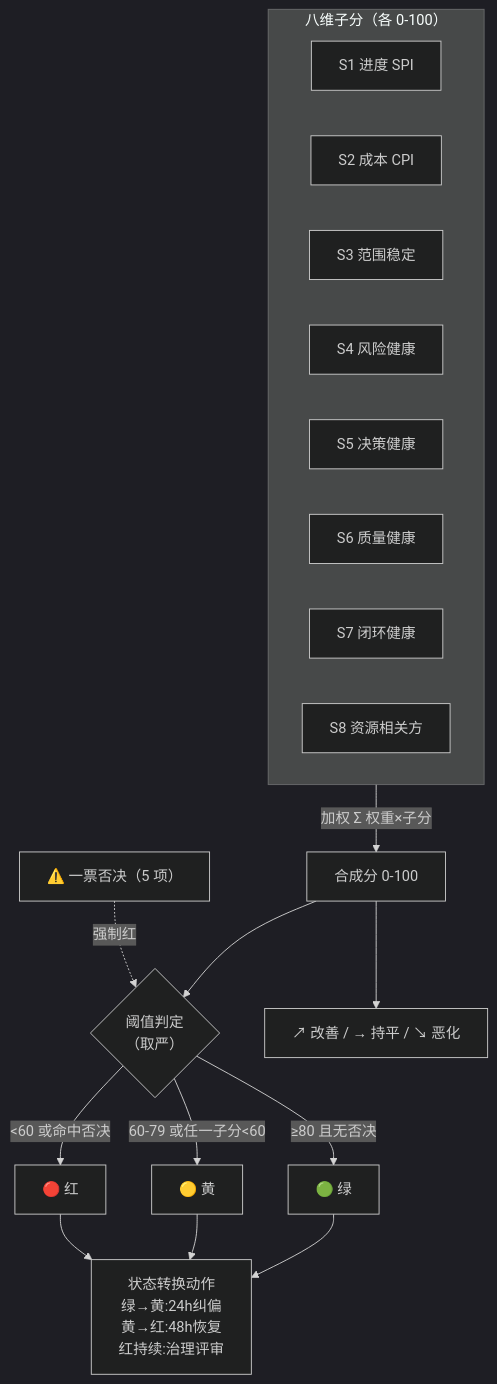
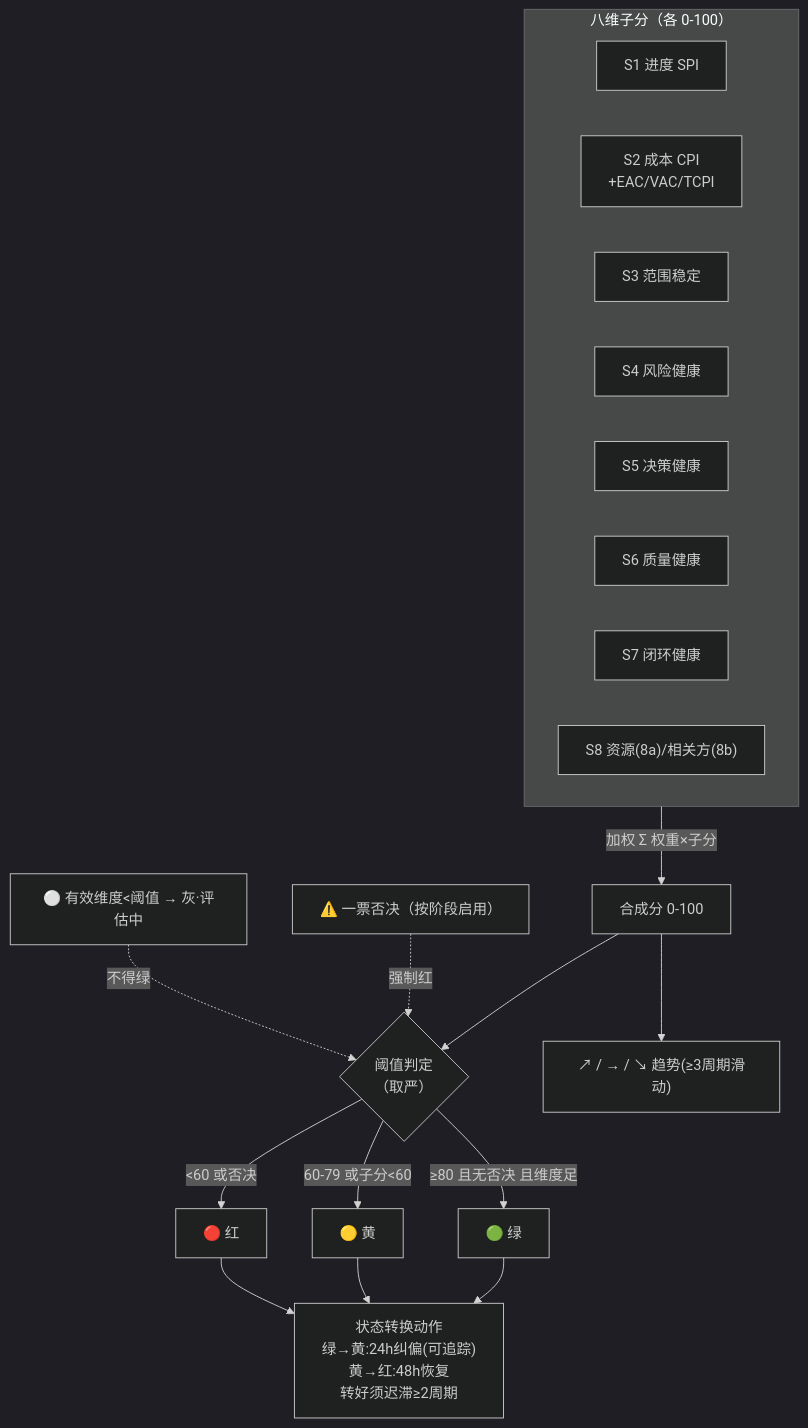
Before and after one commit to lengfengng1-ai-architect/pmsi: the ninth of 9 diagrams in docs/07-产品架构图.md, drawn with Mermaid (dark theme). The commit also changed other lines of this file and 11 other files, not shown here.

````diff
--- a/docs/07-产品架构图.md
+++ b/docs/07-产品架构图.md
@@ -151,25 +208,27 @@
 ```mermaid
 flowchart TB
     subgraph INPUT["八维子分（各 0-100）"]
         S1["S1 进度 SPI"]
-        S2["S2 成本 CPI"]
+        S2["S2 成本 CPI\n+EAC/VAC/TCPI"]
         S3["S3 范围稳定"]
         S4["S4 风险健康"]
         S5["S5 决策健康"]
         S6["S6 质量健康"]
         S7["S7 闭环健康"]
-        S8["S8 资源相关方"]
+        S8["S8 资源(8a)/相关方(8b)"]
     end
 
     INPUT -->|"加权 Σ 权重×子分"| COMP["合成分 0-100"]
-    VETO["⚠️ 一票否决（5 项）"]
+    VETO["⚠️ 一票否决（按阶段启用）"]
+    DATA["⚪ 有效维度<阈值 → 灰·评估中"]
     COMP --> THRESH{"阈值判定\n（取严）"}
     VETO -. 强制红 .-> THRESH
-    THRESH -->|"≥80 且无否决"| G["🟢 绿"]
-    THRESH -->|"60-79 或任一子分<60"| Y["🟡 黄"]
-    THRESH -->|"<60 或命中否决"| R["🔴 红"]
-    COMP --> TREND["↗ 改善 / → 持平 / ↘ 恶化"]
-    G --> ACTION["状态转换动作\n绿→黄:24h纠偏\n黄→红:48h恢复\n红持续:治理评审"]
+    DATA -. 不得绿 .-> THRESH
+    THRESH -->|"≥80 且无否决 且维度足"| G["🟢 绿"]
+    THRESH -->|"60-79 或子分<60"| Y["🟡 黄"]
+    THRESH -->|"<60 或否决"| R["🔴 红"]
+    COMP --> TREND["↗ / → / ↘ 趋势(≥3周期滑动)"]
+    G --> ACTION["状态转换动作\n绿→黄:24h纠偏(可追踪)\n黄→红:48h恢复\n转好须迟滞≥2周期"]
     Y --> ACTION
     R --> ACTION
 ```
````
